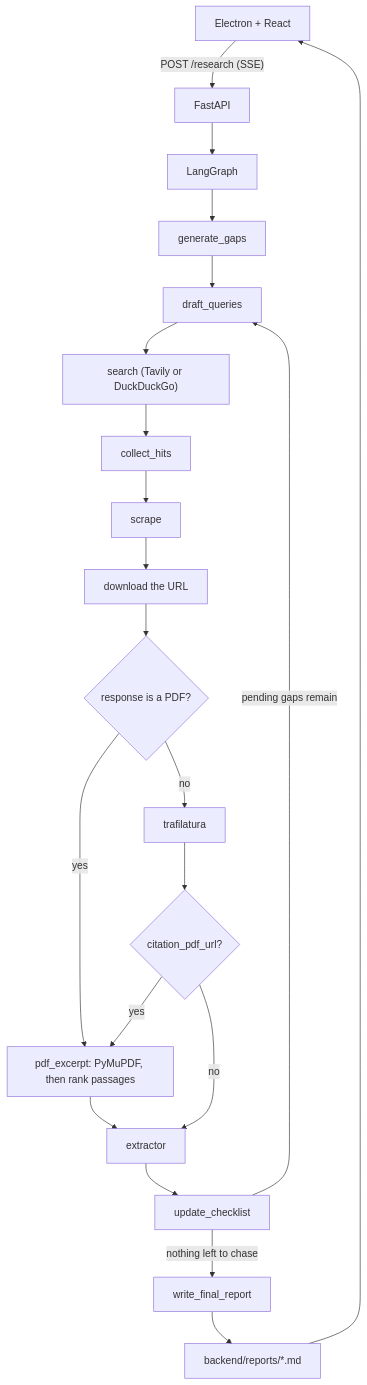
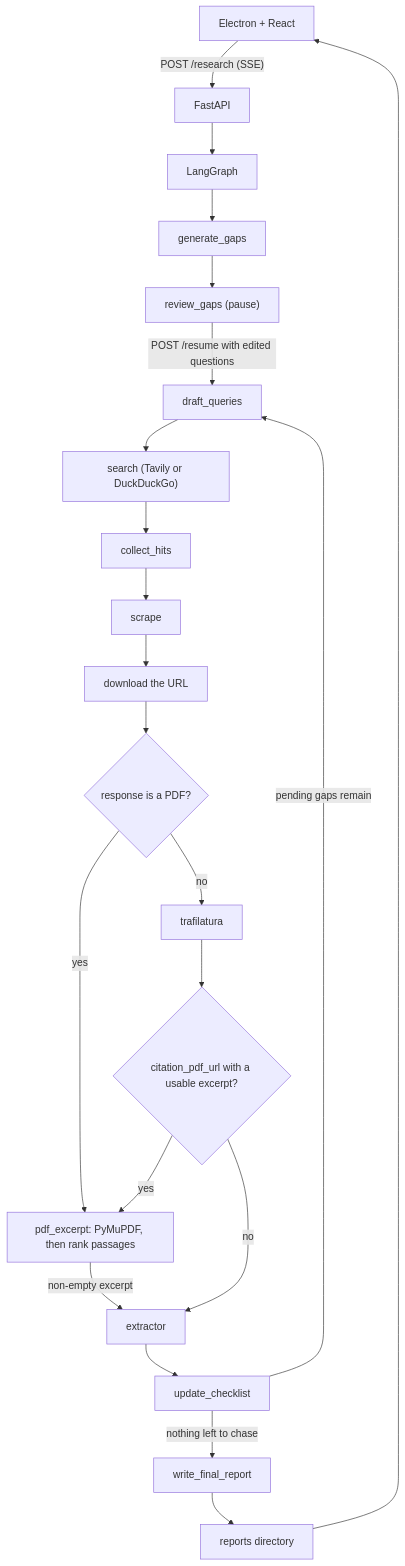
Before and after one commit to anonthedev/athel: the diagram in README.md, drawn with Mermaid. The commit also changed other lines of this file, not shown here.

````diff
--- a/README.md
+++ b/README.md
@@ -47,23 +47,24 @@
 ```mermaid
 flowchart TD
   UI["Electron + React"] -->|"POST /research (SSE)"| API["FastAPI"]
   API --> Graph["LangGraph"]
   Graph --> Gaps["generate_gaps"]
-  Gaps --> Draft["draft_queries"]
+  Gaps --> Review["review_gaps (pause)"]
+  Review -->|"POST /resume with edited questions"| Draft["draft_queries"]
   Draft --> Search["search (Tavily or DuckDuckGo)"]
   Search --> Hits["collect_hits"]
   Hits --> Scrape["scrape"]
   Scrape --> Fetch["download the URL"]
   Fetch --> Kind{"response is a PDF?"}
   Kind -->|yes| Pdf["pdf_excerpt: PyMuPDF, then rank passages"]
   Kind -->|no| Html["trafilatura"]
-  Html --> Cite{"citation_pdf_url?"}
+  Html --> Cite{"citation_pdf_url with a usable excerpt?"}
   Cite -->|yes| Pdf
   Cite -->|no| Extract["extractor"]
-  Pdf --> Extract
+  Pdf -->|"non-empty excerpt"| Extract
   Extract --> Check["update_checklist"]
   Check -->|"pending gaps remain"| Draft
   Check -->|"nothing left to chase"| Write["write_final_report"]
-  Write --> Disk["backend/reports/*.md"]
+  Write --> Disk["reports directory"]
   Disk --> UI
 ```
````
